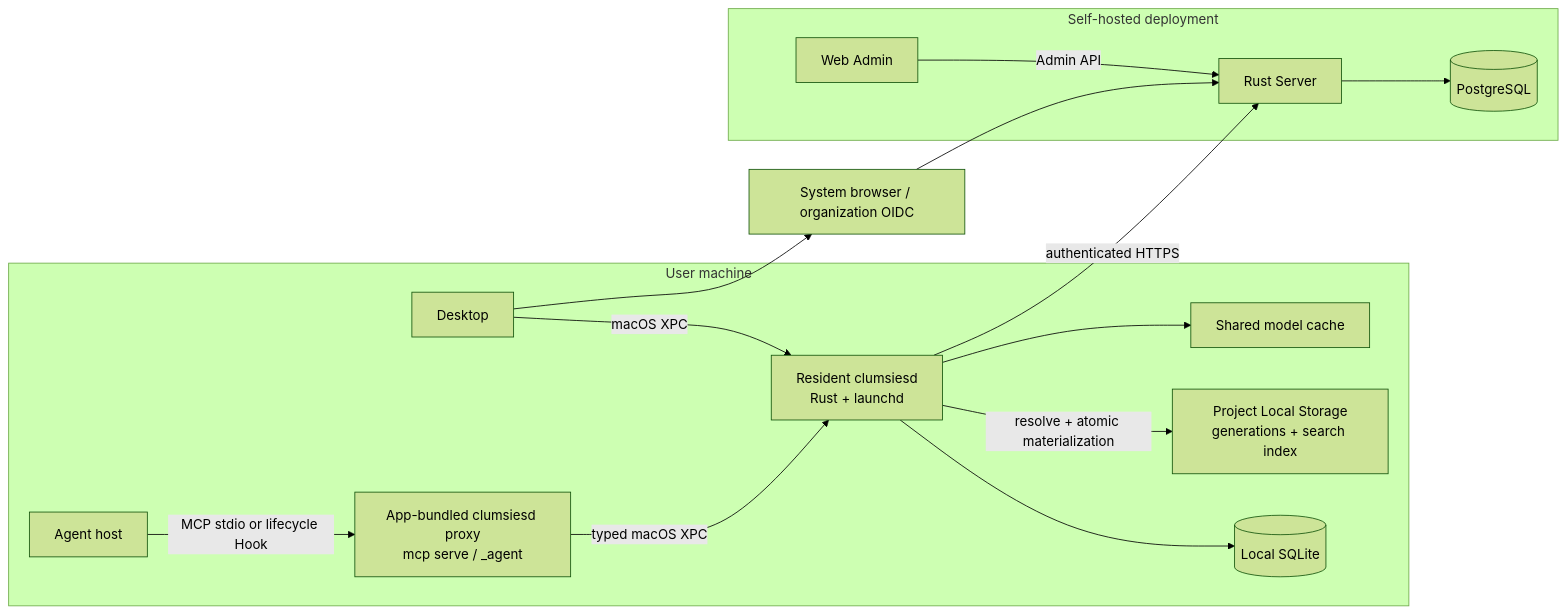
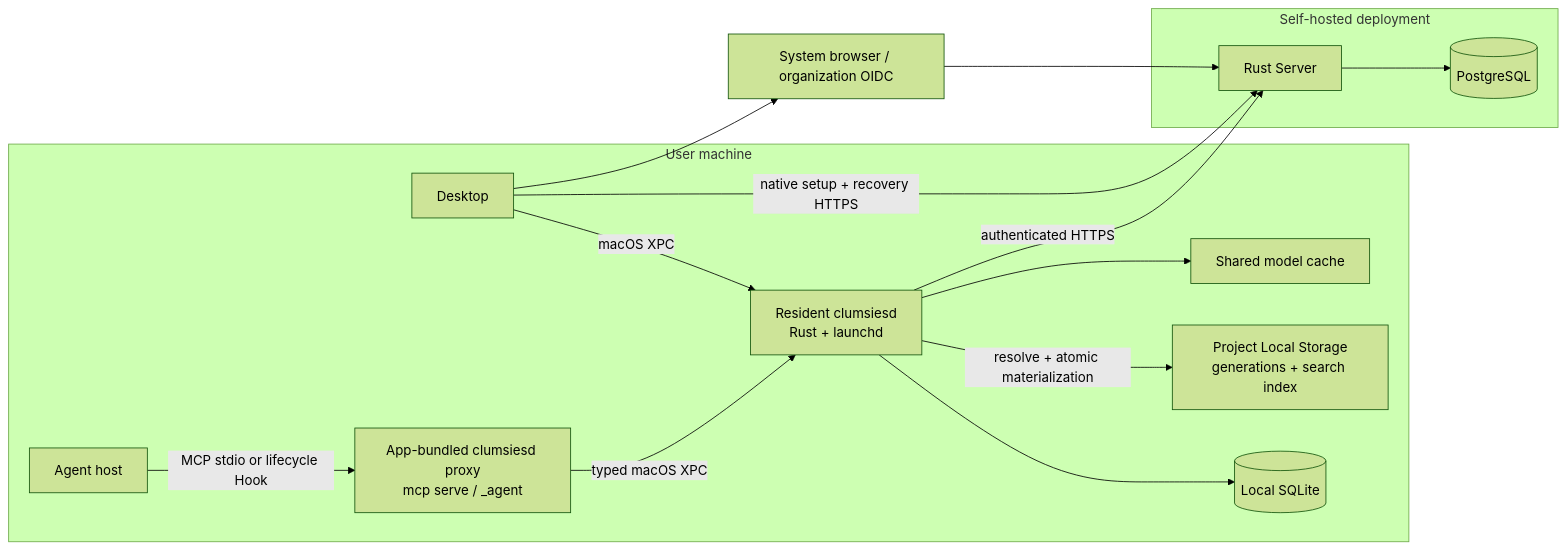
Before and after one commit to dylanwangeth/clumsies: the first of 5 diagrams in docs/architecture.md, drawn with Mermaid (forest theme). The commit also changed other lines of this file and 84 other files, not shown here.

First line of the commit message:
admin: remove browser UI in favor of native macOS flows

````diff
--- a/docs/architecture.md
+++ b/docs/architecture.md
@@ -5,32 +5,31 @@
 ```mermaid
 flowchart LR
     subgraph Machine["User machine"]
         Desktop["Desktop"]
         Host["Agent host"]
         Proxy["App-bundled clumsiesd proxy<br/>mcp serve / _agent"]
         Daemon["Resident clumsiesd<br/>Rust + launchd"]
         LocalDB[("Local SQLite")]
         ProjectStorage["Project Local Storage<br/>generations + search index"]
         Models["Shared model cache"]
     end
 
     subgraph Deployment["Self-hosted deployment"]
         Server["Rust Server"]
         Postgres[("PostgreSQL")]
-        Admin["Web Admin"]
     end
 
     Browser["System browser / organization OIDC"]
 
     Desktop -->|"macOS XPC"| Daemon
     Host -->|"MCP stdio or lifecycle Hook"| Proxy
     Proxy -->|"typed macOS XPC"| Daemon
     Daemon --> LocalDB
     Daemon -->|"resolve + atomic materialization"| ProjectStorage
     Daemon --> Models
     Daemon -->|"authenticated HTTPS"| Server
+    Desktop -->|"native setup + recovery HTTPS"| Server
     Desktop --> Browser
     Browser --> Server
     Server --> Postgres
-    Admin -->|"Admin API"| Server
 ```
````
